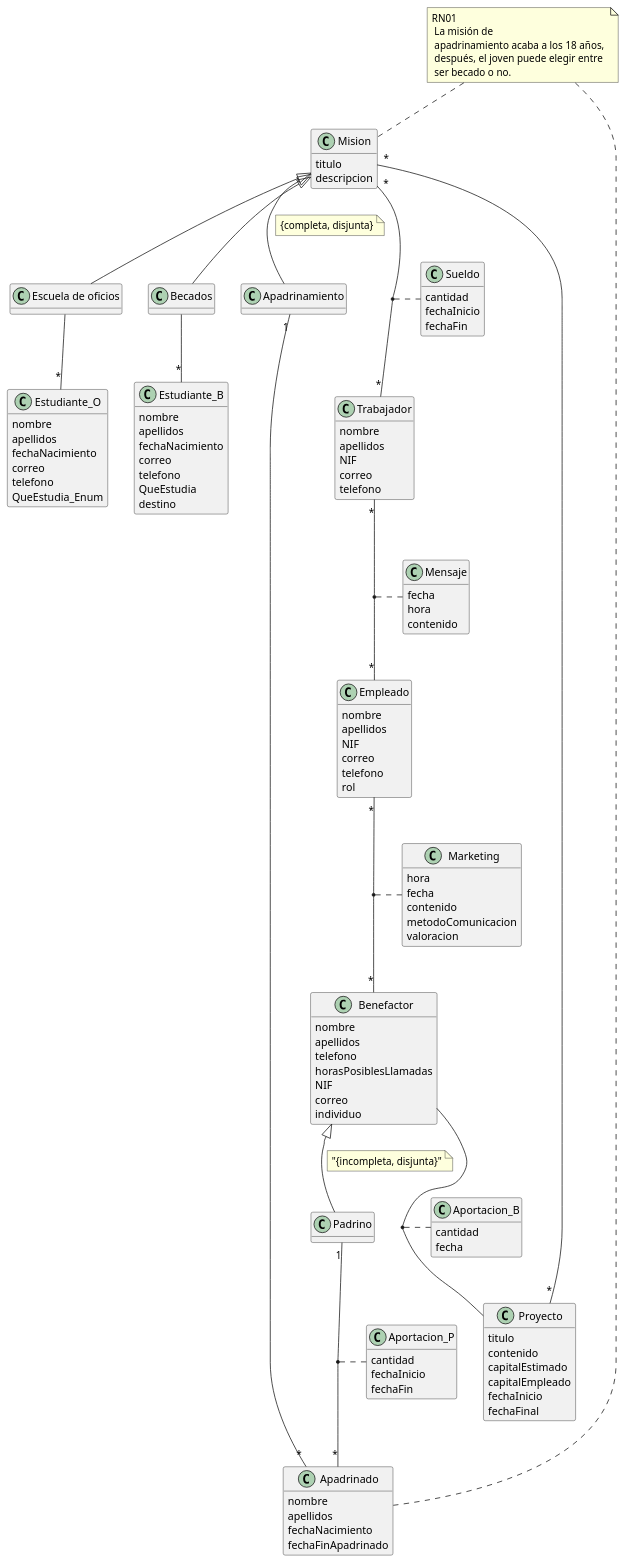
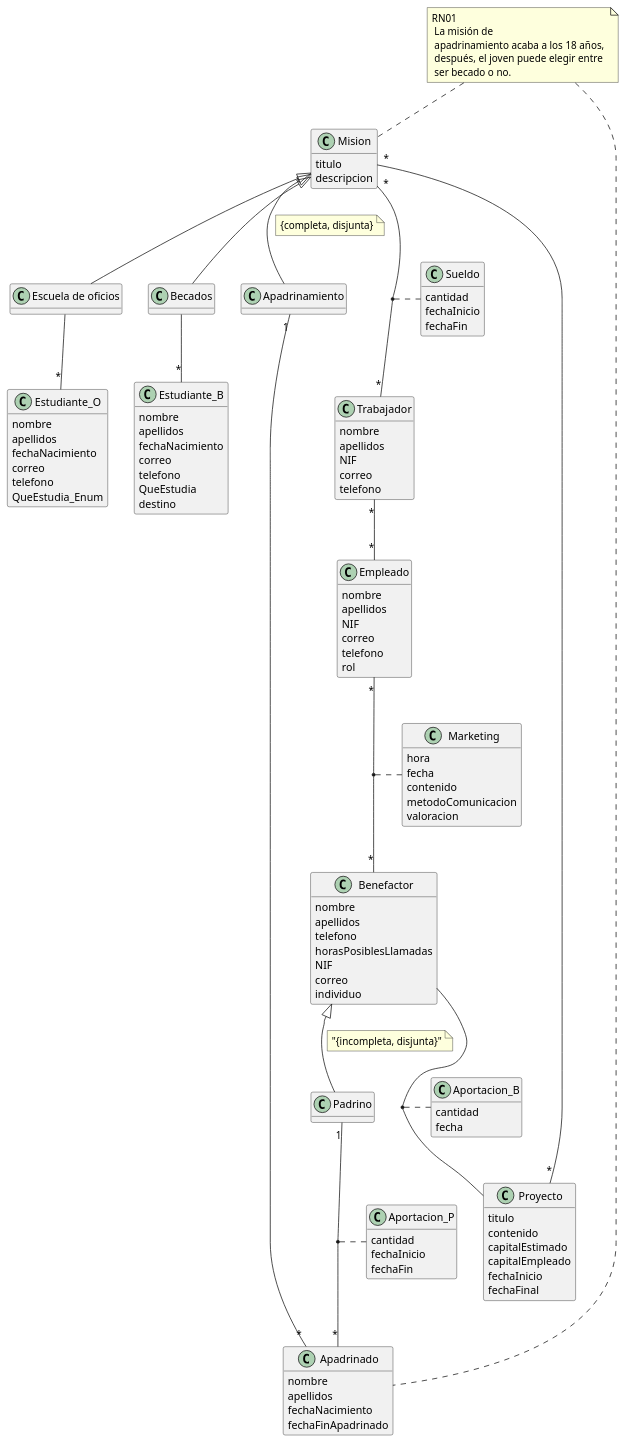
One commit to albporfer1-64/Grupo_Proyecto_DB changed the diagram in modelo.puml. Above: the diagram before and after it, drawn with PlantUML.

Commit message:
Quitai mansaje

```diff
--- a/modelo.puml
+++ b/modelo.puml
@@ -1,159 +1,153 @@
 @startuml hola
 hide methods
 skinparam classAttributeIconSize 0
 
 class Proyecto{
     titulo
     contenido
     capitalEstimado
     capitalEmpleado
     fechaInicio
     fechaFinal
 }
 
 class Mision{
     titulo
     descripcion
 }
 
 class "Escuela de oficios" as EscuelaDeOficios{
     
 }
 
 class Becados{
 }
 
 
 class Apadrinamiento{
 }
 
 'Lo que viene a continuacion es para la estetica del diagrama:
 EscuelaDeOficios -[hidden]right- Becados
 Becados -[hidden]right- Apadrinamiento
 
 Mision "*"--"*" Proyecto
 Mision "*"--"*" Trabajador
 
 'Subclases de Mision:
 Mision <|-- EscuelaDeOficios
 Mision <|-- Becados
 Mision <|-- Apadrinamiento
 
 'Restricción de cobertura:
 note on link : {completa, disjunta}
 
 class Apadrinado{
     nombre
     apellidos
     fechaNacimiento
     fechaFinApadrinado
 }
 
 class Estudiante_O{
     nombre
     apellidos
     fechaNacimiento
     correo
     telefono
     QueEstudia_Enum
 }
 
 class Estudiante_B{
     nombre
     apellidos
     fechaNacimiento
     correo
     telefono
     QueEstudia
     destino
 }
 
 class Padrino{
 }
 
 class Aportacion_B{
     cantidad
     fecha
 }
 
 class Aportacion_P{
     cantidad
     fechaInicio
     fechaFin
 }
 
 class Marketing {
     hora
     fecha
     contenido
     metodoComunicacion
     valoracion
 }
 
 class Benefactor{
     nombre
     apellidos
     telefono
     horasPosiblesLlamadas
     NIF
     correo
     individuo  
 }
 
 class Empleado{
     nombre
     apellidos
     NIF
     correo
     telefono
     rol
     }
 
-class Mensaje{
-    fecha
-    hora
-    contenido    
-}
 class Trabajador{
     nombre
     apellidos
     NIF
     correo
     telefono
 }
 
 class Sueldo{
     cantidad
     fechaInicio
     fechaFin
 }
 
 Apadrinamiento "1"--"*" Apadrinado
 Padrino "1"--"*" Apadrinado
 
 Trabajador "*"--"*" Empleado
 Empleado "*"--"*"Benefactor
 
 EscuelaDeOficios --"*" Estudiante_O
 Becados --"*" Estudiante_B
 
-(Trabajador, Empleado) .. Mensaje
 (Empleado, Benefactor) .. Marketing
 (Trabajador, Mision) .. Sueldo
 (Benefactor, Proyecto) .. Aportacion_B
 (Padrino, Apadrinado) .."*" Aportacion_P
 
 'Subclases de Donante:
 Benefactor <|-- Padrino
 
 note on link : "{incompleta, disjunta}"
 
 'Regla de negocio 01:
 note "RN01\n La misión de \n apadrinamiento acaba a los 18 años, \n después, el joven puede elegir entre \n ser becado o no." as RN01
 RN01 .. Mision
 RN01 .. Apadrinado
 
 'Lo que viene a continuacion es para la estetica del diagrama:
 Apadrinamiento -[hidden]right- EscuelaDeOficios
 EscuelaDeOficios -[hidden]right- Becados
 @enduml
```
